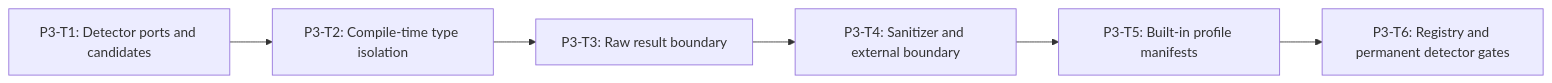
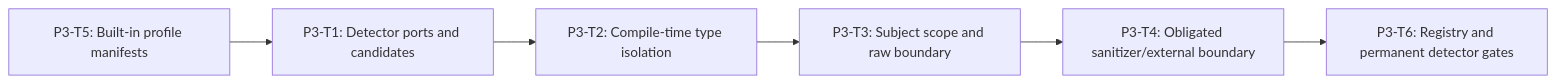
Before and after one commit to Lang-Qiu/Agent-security-platform: the diagram in docs/superpowers/plans/2026-07-11-sandbox-security-core-001-phase-3-detectors-profiles.md, drawn with Mermaid. The commit also changed other lines of this file and 3 other files, not shown here.

````diff
--- a/docs/superpowers/plans/2026-07-11-sandbox-security-core-001-phase-3-detectors-profiles.md
+++ b/docs/superpowers/plans/2026-07-11-sandbox-security-core-001-phase-3-detectors-profiles.md
@@ -42,9 +84,9 @@
 ```mermaid
 flowchart LR
+  T5["P3-T5: Built-in profile manifests"] -->
   T1["P3-T1: Detector ports and candidates"] -->
   T2["P3-T2: Compile-time type isolation"] -->
-  T3["P3-T3: Raw result boundary"] -->
-  T4["P3-T4: Sanitizer and external boundary"] -->
-  T5["P3-T5: Built-in profile manifests"] -->
+  T3["P3-T3: Subject scope and raw boundary"] -->
+  T4["P3-T4: Obligated sanitizer/external boundary"] -->
   T6["P3-T6: Registry and permanent detector gates"]
 ```
````
